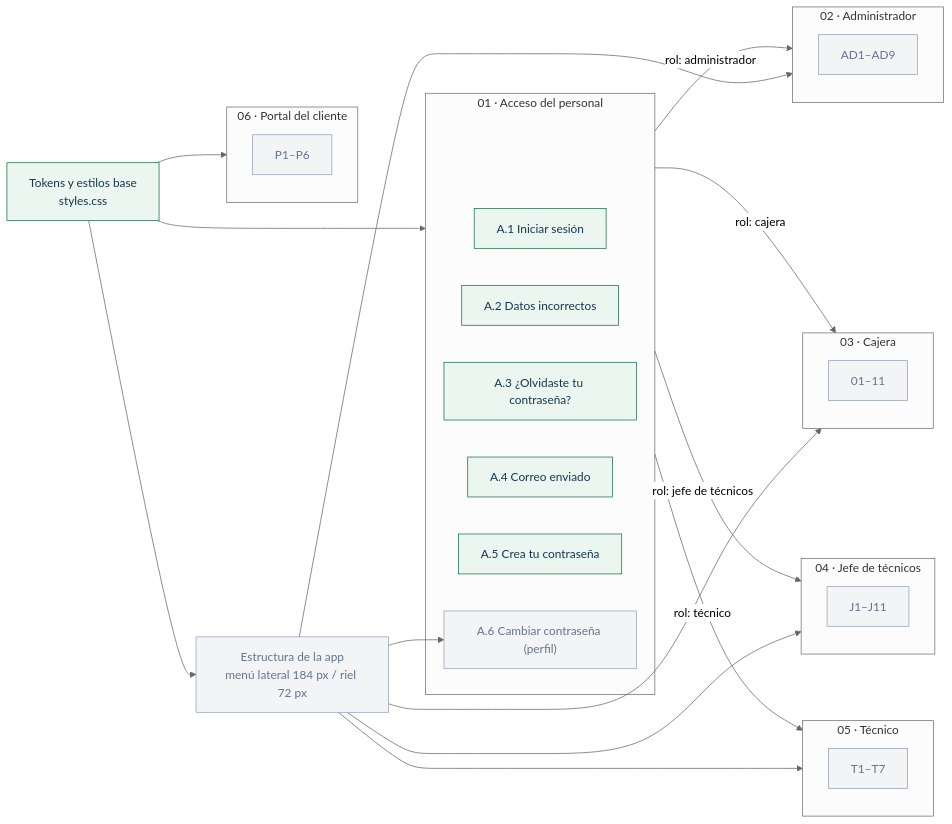
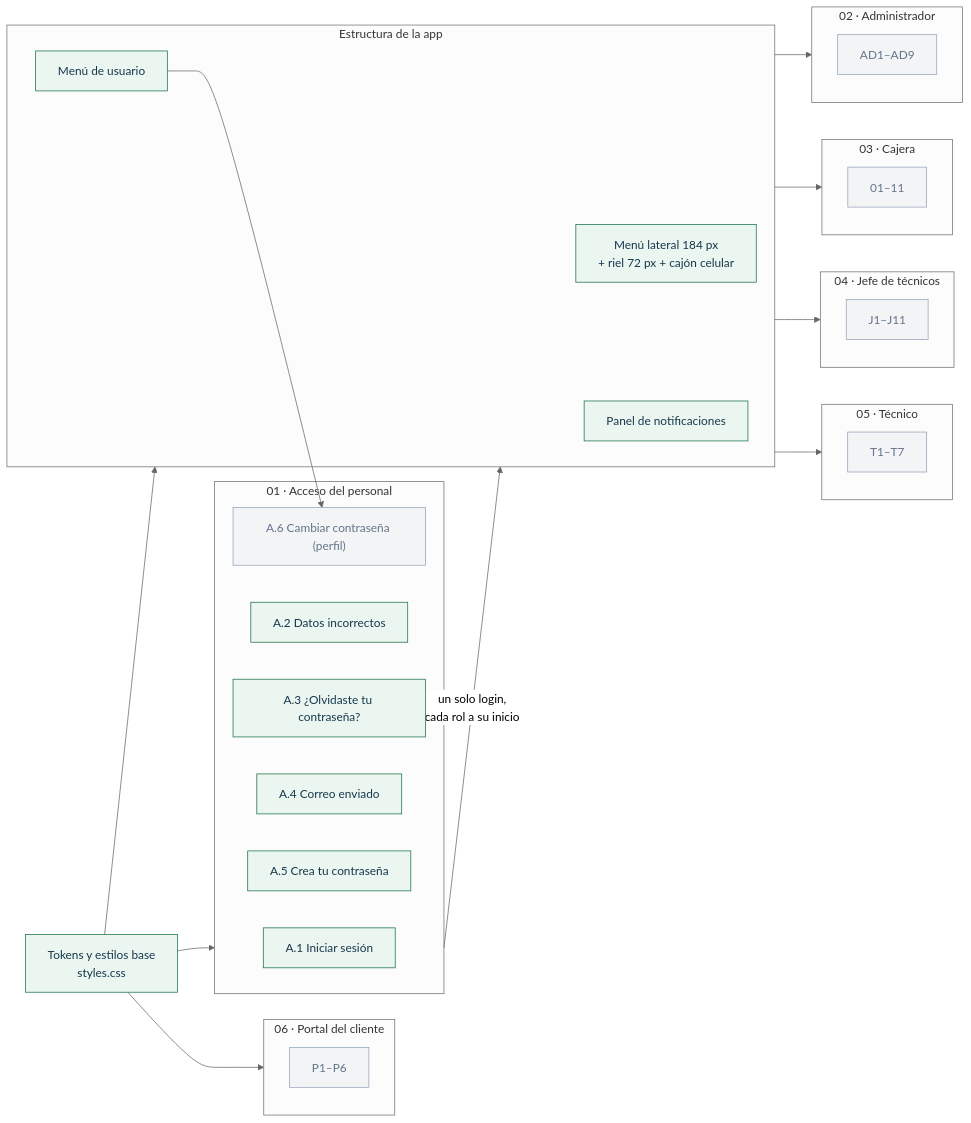
The first of 3 diagrams in frontend/BITACORA.md (dianaaochoa/SHURI-Sistema-Gestion), drawn with Mermaid (neutral theme) before and after one commit. The commit also changed other lines of this file, not shown here.

Commit message:
docs(frontend): bitácora y grafos con la estructura del menú lateral

````diff
--- a/frontend/BITACORA.md
+++ b/frontend/BITACORA.md
@@ -15,45 +15,46 @@
 ```mermaid
 flowchart LR
   classDef hecho fill:#eaf6ef,stroke:#187047,color:#17374e
   classDef curso fill:#fff4dc,stroke:#925d0b,color:#17374e
   classDef pendiente fill:#f3f4f6,stroke:#94a3b8,color:#64748b
 
   BASE["Tokens y estilos base<br/>styles.css"]:::hecho
 
   subgraph ACC["01 · Acceso del personal"]
     A1["A.1 Iniciar sesión"]:::hecho
     A2["A.2 Datos incorrectos"]:::hecho
     A3["A.3 ¿Olvidaste tu contraseña?"]:::hecho
     A4["A.4 Correo enviado"]:::hecho
     A5["A.5 Crea tu contraseña"]:::hecho
     A6["A.6 Cambiar contraseña (perfil)"]:::pendiente
+  end
+
+  subgraph SHELL["Estructura de la app"]
+    MENU["Menú lateral 184 px<br/>+ riel 72 px + cajón celular"]:::hecho
+    USR["Menú de usuario"]:::hecho
+    NOT["Panel de notificaciones"]:::hecho
   end
 
   subgraph ADM["02 · Administrador"]
     AD["AD1–AD9"]:::pendiente
   end
   subgraph CAJ["03 · Cajera"]
     C["01–11"]:::pendiente
   end
   subgraph JEF["04 · Jefe de técnicos"]
     J["J1–J11"]:::pendiente
   end
   subgraph TEC["05 · Técnico"]
     T["T1–T7"]:::pendiente
   end
   subgraph POR["06 · Portal del cliente"]
     P["P1–P6"]:::pendiente
   end
 
-  SHELL["Estructura de la app<br/>menú lateral 184 px / riel 72 px"]:::pendiente
-
   BASE --> ACC
   BASE --> SHELL
-  ACC -->|"rol: administrador"| ADM
-  ACC -->|"rol: cajera"| CAJ
-  ACC -->|"rol: jefe de técnicos"| JEF
-  ACC -->|"rol: técnico"| TEC
+  ACC -->|"un solo login,<br/>cada rol a su inicio"| SHELL
   SHELL --> ADM & CAJ & JEF & TEC
-  SHELL --> A6
+  USR --> A6
   BASE --> POR
 ```
````
